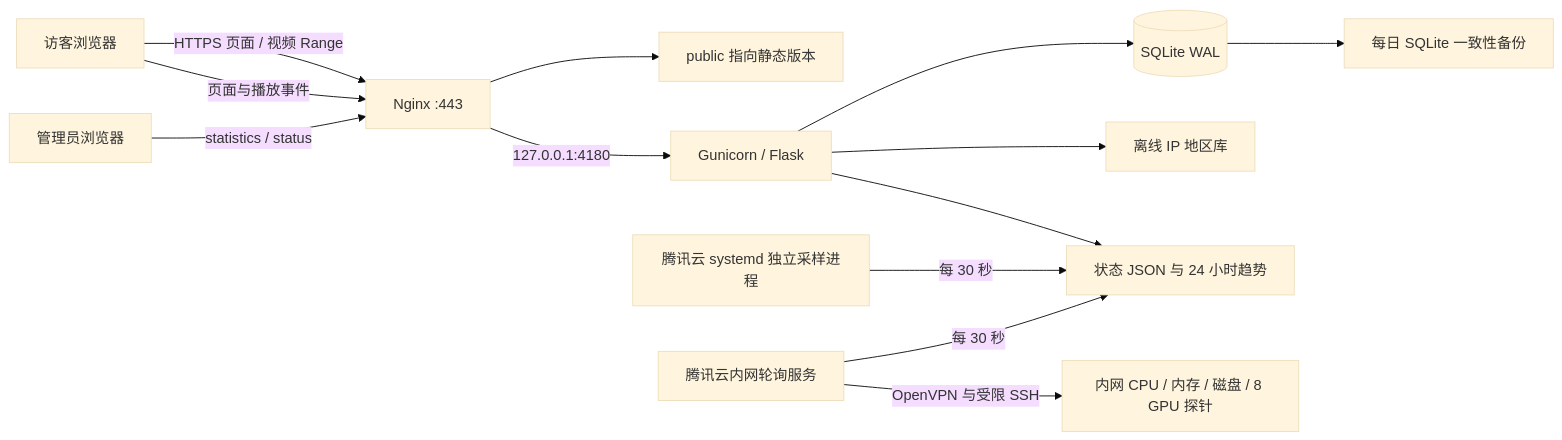
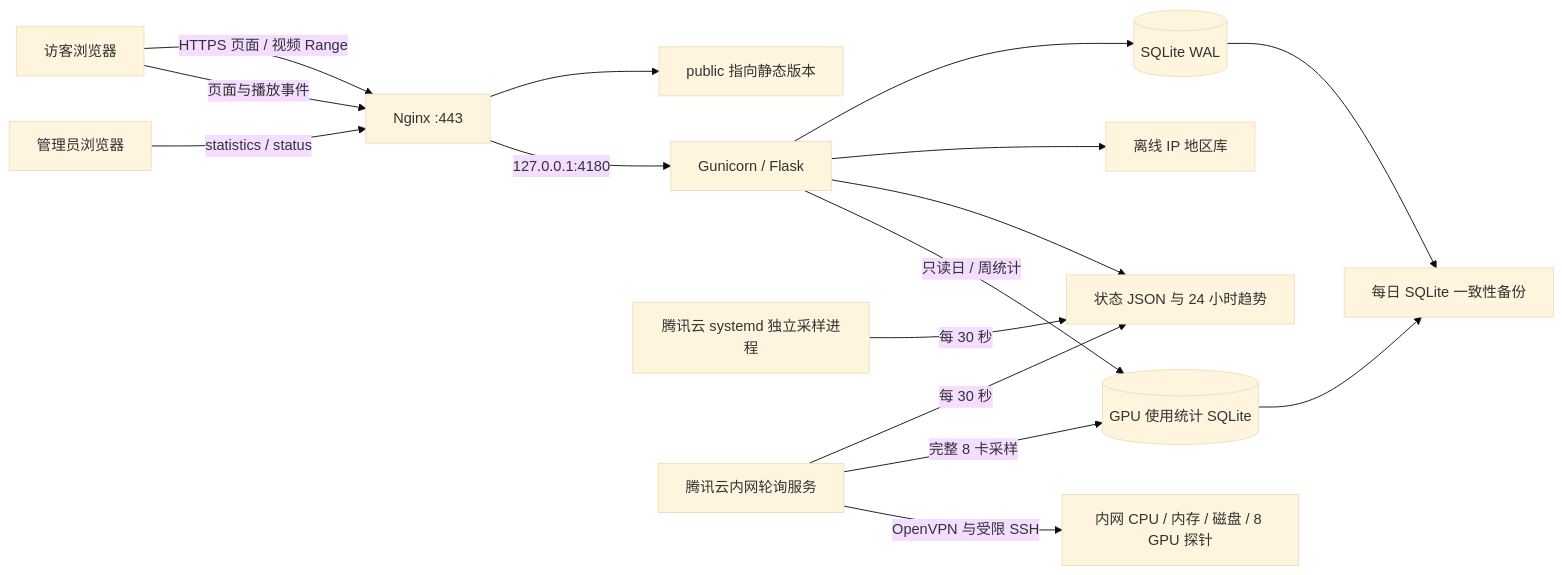
The diagram in README.md (adamyjl/gaasd), drawn with Mermaid (base theme) before and after one commit. The commit also changed other lines of this file and 19 other files, not shown here.

````diff
--- a/README.md
+++ b/README.md
@@ -49,15 +51,18 @@
 ```mermaid
 flowchart LR
   Visitor[访客浏览器] -->|HTTPS 页面 / 视频 Range| Nginx[Nginx :443]
   Visitor -->|页面与播放事件| Nginx
   Admin[管理员浏览器] -->|statistics / status| Nginx
   Nginx --> Static[public 指向静态版本]
   Nginx -->|127.0.0.1:4180| Flask[Gunicorn / Flask]
   Flask --> DB[(SQLite WAL)]
   Flask --> Geo[离线 IP 地区库]
   Flask --> Snapshot[状态 JSON 与 24 小时趋势]
   Collector[腾讯云 systemd 独立采样进程] -->|每 30 秒| Snapshot
   Remote[腾讯云内网轮询服务] -->|每 30 秒| Snapshot
+  Remote -->|完整 8 卡采样| GPUDB[(GPU 使用统计 SQLite)]
+  Flask -->|只读日 / 周统计| GPUDB
+  GPUDB --> Backup
   Remote -->|OpenVPN 与受限 SSH| Probe[内网 CPU / 内存 / 磁盘 / 8 GPU 探针]
   DB --> Backup[每日 SQLite 一致性备份]
 ```
````
